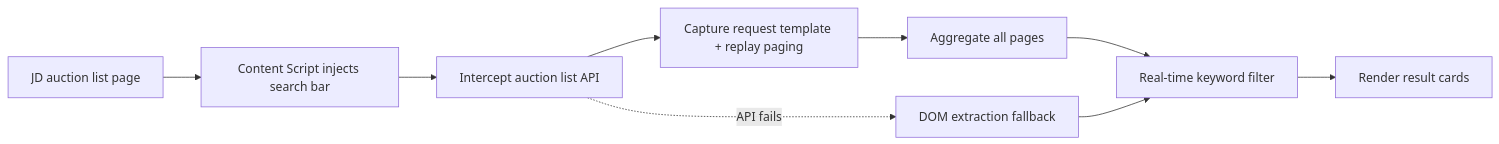
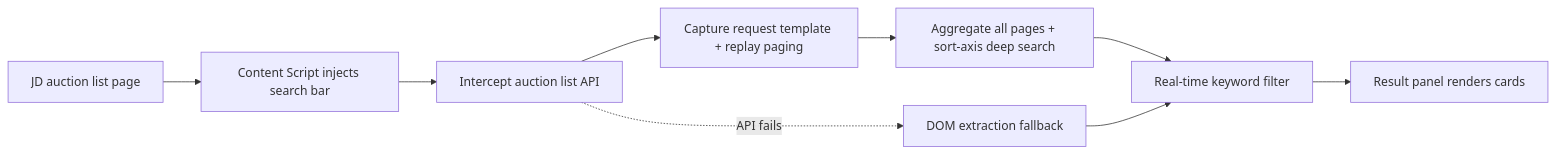
One commit to sutchan/JD-Auction-Search changed the diagram in README_EN.md. Above: the diagram before and after it, drawn with Mermaid. The commit also changed other lines of this file and 1 other file, not shown here.

````diff
--- a/README_EN.md
+++ b/README_EN.md
@@ -151,11 +153,11 @@
 ```mermaid
 graph LR
   A[JD auction list page] --> B[Content Script injects search bar]
   B --> C[Intercept auction list API]
   C --> D[Capture request template + replay paging]
-  D --> E[Aggregate all pages]
+  D --> E[Aggregate all pages + sort-axis deep search]
   E --> F[Real-time keyword filter]
-  F --> G[Render result cards]
+  F --> G[Result panel renders cards]
   C -. API fails .-> H[DOM extraction fallback]
   H --> F
 ```
````
